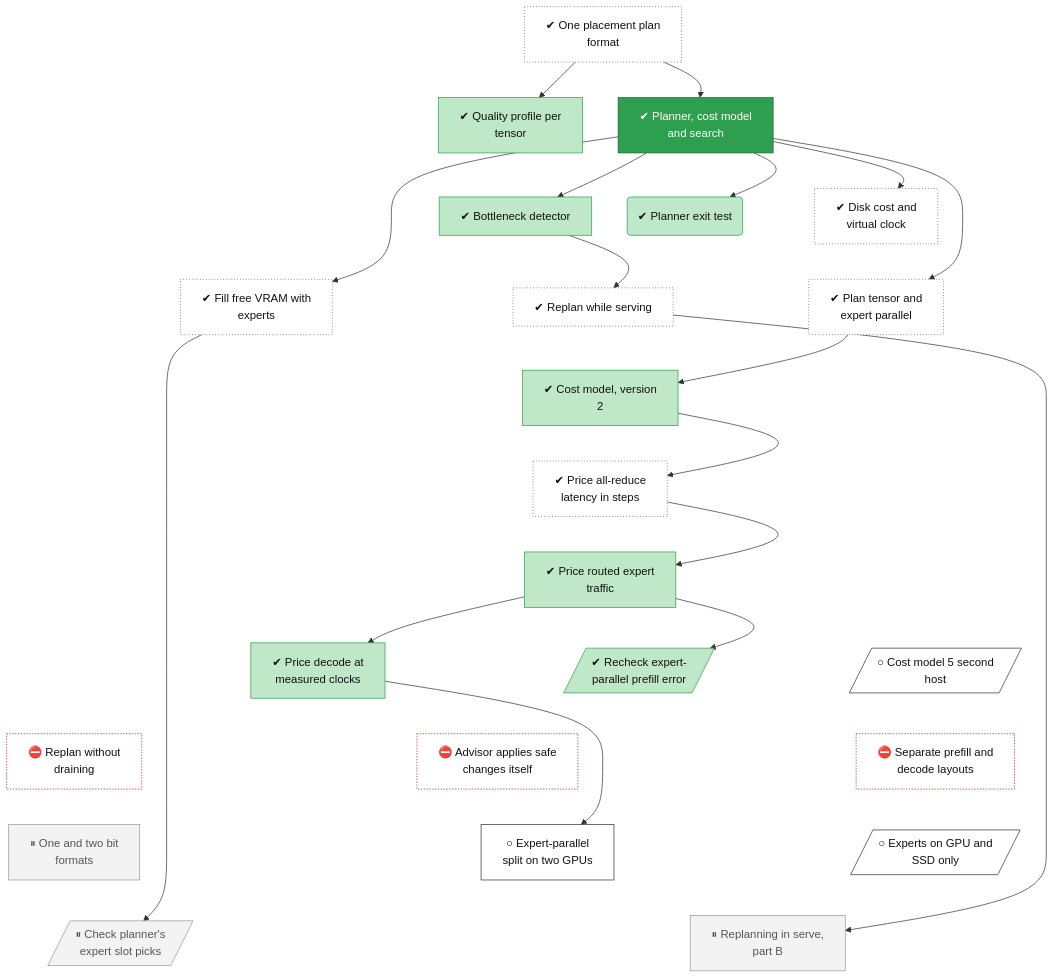
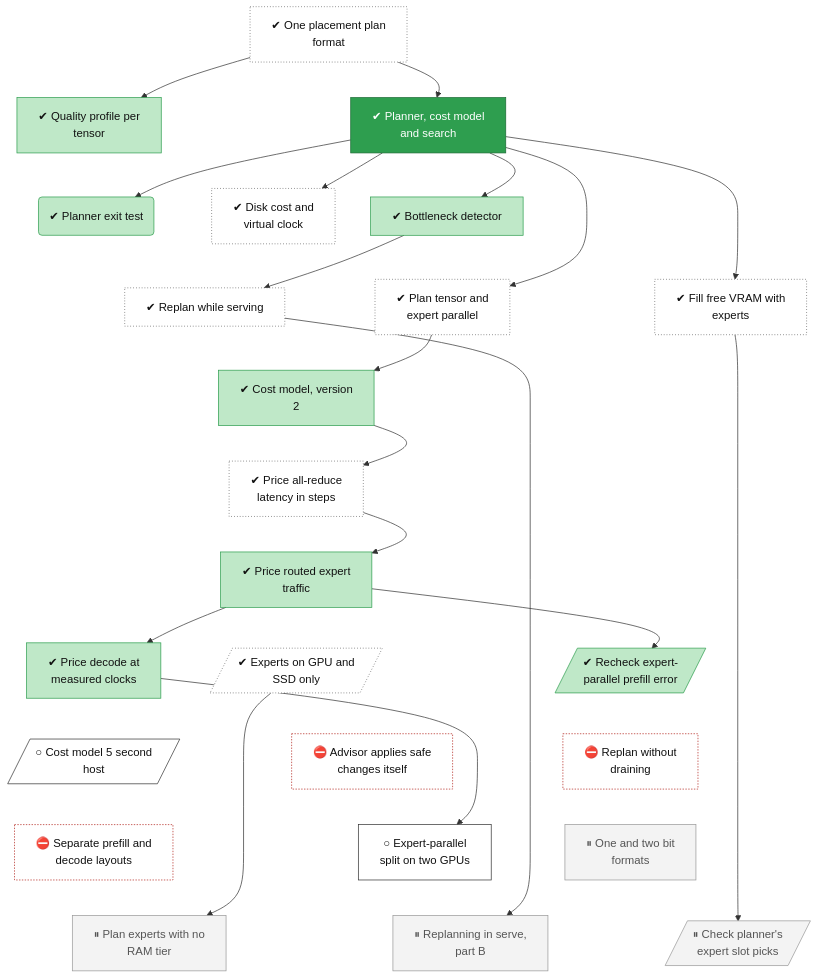
Before and after one commit to lhns/tetraeder: the diagram in docs/roadmap/tracks/planner.md, drawn with Mermaid. The commit also changed other lines of this file and 4 other files, not shown here.

Commit message:
Tree: memory-kv-auto and planner-low-ram-modes done, new parked node planner-ram-slots-zero (after M2, ADR 0085 class 1; not measured)

````diff
--- a/docs/roadmap/tracks/planner.md
+++ b/docs/roadmap/tracks/planner.md
@@ -23,13 +23,14 @@
     planner_cost_v4["✔ Price routed expert<br/>traffic"]
     planner_cost_model_v5["✔ Price decode at<br/>measured clocks"]
     planner_ep_prefill_recheck[/"✔ Recheck expert-<br/>parallel prefill error"/]
+    planner_low_ram_modes[/"✔ Experts on GPU and<br/>SSD only"/]
     planner_cost_model_v5_host2[/"○ Cost model 5 second<br/>host"/]
     planner_live_replan["⛔ Replan without<br/>draining"]
     planner_advisor_auto["⛔ Advisor applies safe<br/>changes itself"]
     planner_split_layouts["⛔ Separate prefill and<br/>decode layouts"]
     planner_low_bit_formats["⏸ One and two bit<br/>formats"]
     planner_ep_split["○ Expert-parallel<br/>split on two GPUs"]
-    planner_low_ram_modes[/"○ Experts on GPU and<br/>SSD only"/]
+    planner_ram_slots_zero["⏸ Plan experts with no<br/>RAM tier"]
     planner_slot_campaign[/"⏸ Check planner's<br/>expert slot picks"/]
     planner_replan_part_b["⏸ Replanning in serve,<br/>part B"]
     planner_plan_ir ~~~ planner_quality
@@ -47,16 +48,16 @@
     planner_cost_v3 ~~~ planner_cost_v4
     planner_cost_v4 ~~~ planner_cost_model_v5
     planner_cost_v4 ~~~ planner_ep_prefill_recheck
-    planner_cost_v4 ~~~ planner_cost_model_v5_host2
-    planner_cost_model_v5 ~~~ planner_live_replan
-    planner_ep_prefill_recheck ~~~ planner_advisor_auto
+    planner_cost_v4 ~~~ planner_low_ram_modes
+    planner_cost_model_v5 ~~~ planner_cost_model_v5_host2
+    planner_ep_prefill_recheck ~~~ planner_live_replan
+    planner_low_ram_modes ~~~ planner_advisor_auto
     planner_cost_model_v5_host2 ~~~ planner_split_layouts
     planner_live_replan ~~~ planner_low_bit_formats
     planner_advisor_auto ~~~ planner_ep_split
-    planner_split_layouts ~~~ planner_low_ram_modes
+    planner_split_layouts ~~~ planner_ram_slots_zero
     planner_low_bit_formats ~~~ planner_slot_campaign
     planner_ep_split ~~~ planner_replan_part_b
-    planner_low_ram_modes ~~~ planner_replan_part_b
     planner_plan_ir --> planner_quality
     planner_plan_ir --> planner_core
     planner_core --> planner_exit
@@ -71,6 +72,7 @@
     planner_cost_v4 --> planner_cost_model_v5
     planner_cost_v4 --> planner_ep_prefill_recheck
     planner_cost_model_v5 --> planner_ep_split
+    planner_low_ram_modes --> planner_ram_slots_zero
     planner_fill_tier --> planner_slot_campaign
     planner_replan --> planner_replan_part_b
     classDef vsucc fill:#2e9e4f,stroke:#1b6b34,color:#fff
@@ -87,10 +89,10 @@
     classDef decided fill:#ece0f7,stroke:#7b3fb5,stroke-dasharray:2 2,color:#111
     classDef finding fill:#ffe0b2,stroke:#d84315,stroke-width:2px,color:#111
     classDef waiting fill:#e3f2fd,stroke:#1f6fc5,stroke-dasharray:5 5,color:#111
-    class planner_plan_ir,planner_tier_cost,planner_replan,planner_fill_tier,planner_parallel_shapes,planner_cost_v3 unrated
+    class planner_plan_ir,planner_tier_cost,planner_replan,planner_fill_tier,planner_parallel_shapes,planner_cost_v3,planner_low_ram_modes unrated
     class planner_quality,planner_exit,planner_detector,planner_cost_v2,planner_cost_v4,planner_cost_model_v5,planner_ep_prefill_recheck succ
     class planner_core vsucc
-    class planner_cost_model_v5_host2,planner_ep_split,planner_low_ram_modes next
+    class planner_cost_model_v5_host2,planner_ep_split next
     class planner_live_replan,planner_advisor_auto,planner_split_layouts blocked
-    class planner_low_bit_formats,planner_slot_campaign,planner_replan_part_b parked
+    class planner_low_bit_formats,planner_ram_slots_zero,planner_slot_campaign,planner_replan_part_b parked
 ```
````
